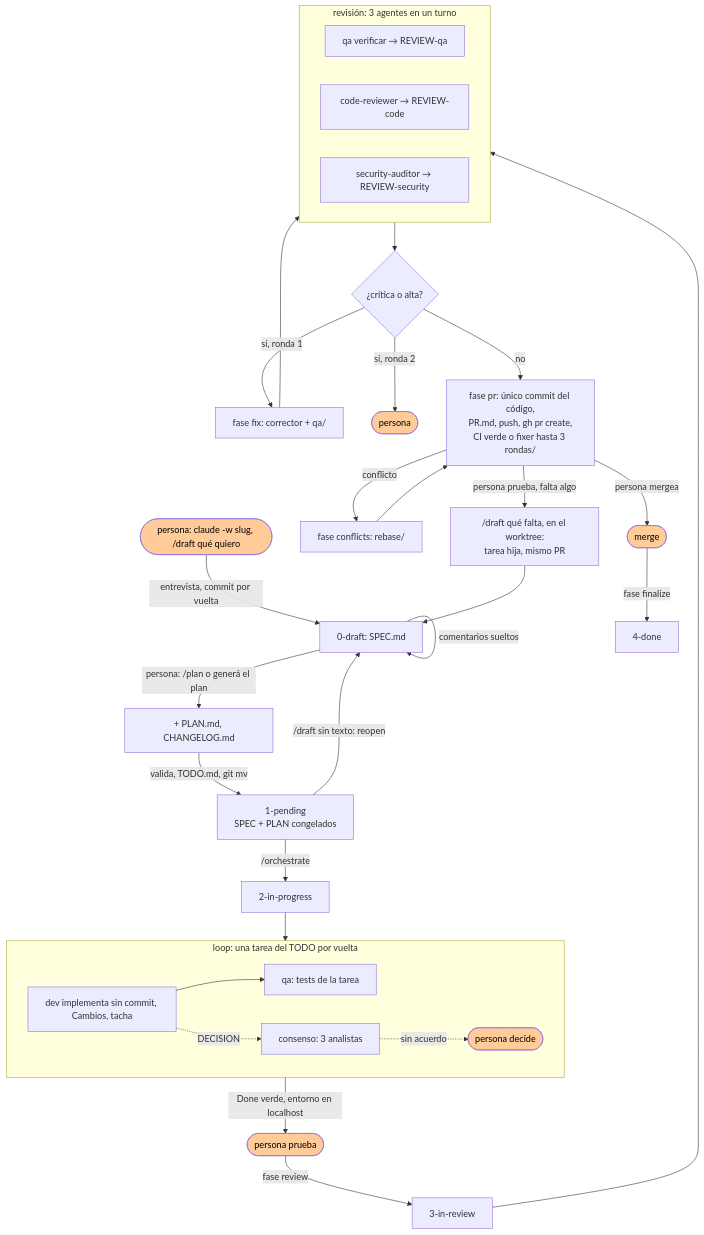
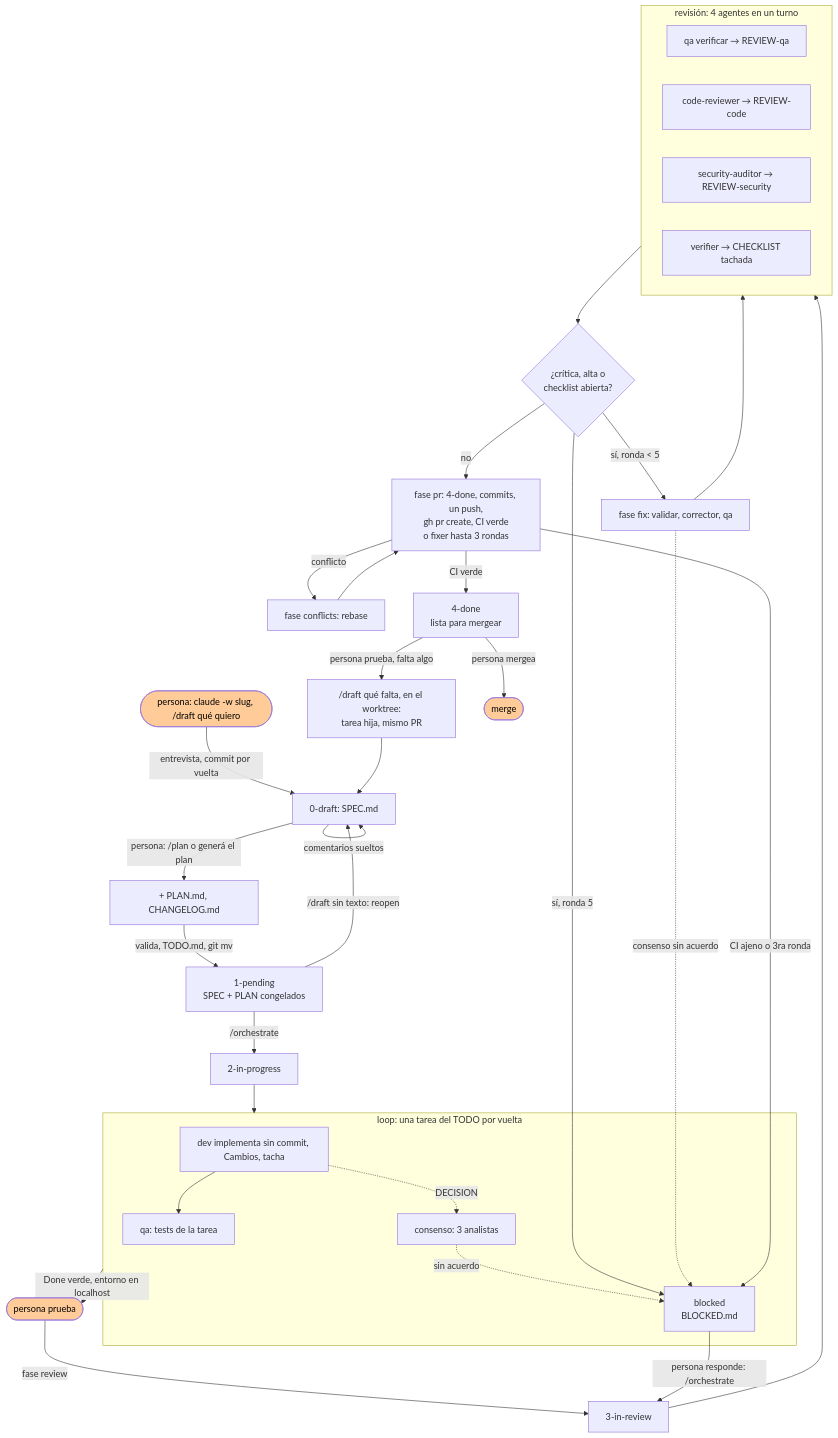
One commit to octavio-parozlabs/mindstack changed the diagram in skills/workflow/SKILL.md. Above: the diagram before and after it, drawn with Mermaid. The commit also changed other lines of this file and 44 other files, not shown here.

````diff
--- a/skills/workflow/SKILL.md
+++ b/skills/workflow/SKILL.md
@@ -68,32 +73,37 @@
 ```mermaid
 flowchart TD
     U0([persona: claude -w slug, /draft qué quiero]) -->|entrevista, commit por vuelta| S0["0-draft: SPEC.md"]
     S0 -->|comentarios sueltos| S0
     S0 -->|persona: /plan o generá el plan| P0["+ PLAN.md, CHANGELOG.md"]
     P0 -->|valida, TODO.md, git mv| S1["1-pending<br/>SPEC + PLAN congelados"]
     S1 -->|/draft sin texto: reopen| S0
     S1 -->|/orchestrate| S2["2-in-progress"]
     subgraph IMPL["loop: una tarea del TODO por vuelta"]
         D[dev implementa sin commit, Cambios, tacha] --> Q[qa: tests de la tarea]
         D -. DECISION .-> C[consenso: 3 analistas]
-        C -. sin acuerdo .-> HU([persona decide])
+        C -. sin acuerdo .-> BL
     end
     S2 --> IMPL
     IMPL -->|Done verde, entorno en localhost| PRUEBA([persona prueba])
     PRUEBA -->|fase review| S3["3-in-review"]
-    subgraph REV["revisión: 3 agentes en un turno"]
+    subgraph REV["revisión: 4 agentes en un turno"]
         R1[qa verificar → REVIEW-qa]
         R2[code-reviewer → REVIEW-code]
         R3[security-auditor → REVIEW-security]
+        R4[verifier → CHECKLIST tachada]
     end
-    S3 --> REV --> H{¿crítica o alta?}
-    H -->|sí, ronda 1| CO[fase fix: corrector + qa/] --> REV
-    H -->|sí, ronda 2| HU2([persona])
-    H -->|no| PR[fase pr: único commit del código,\nPR.md, push, gh pr create,\nCI verde o fixer hasta 3 rondas/]
-    PR -->|conflicto| CF[fase conflicts: rebase/] --> PR
-    PR -->|persona prueba, falta algo| IT["/draft qué falta, en el worktree:
+    S3 --> REV --> H{¿crítica, alta o\nchecklist abierta?}
+    H -->|sí, ronda < 5| CO[fase fix: validar, corrector, qa] --> REV
+    H -->|sí, ronda 5| BL["blocked<br/>BLOCKED.md"]
+    CO -.->|consenso sin acuerdo| BL
+    H -->|no| PR[fase pr: 4-done, commits, un push,\ngh pr create, CI verde\no fixer hasta 3 rondas]
+    PR -->|conflicto| CF[fase conflicts: rebase] --> PR
+    PR -->|CI ajeno o 3ra ronda| BL
+    PR -->|CI verde| S4["4-done<br/>lista para mergear"]
+    BL -->|persona responde: /orchestrate| S3
+    S4 -->|persona prueba, falta algo| IT["/draft qué falta, en el worktree:
 tarea hija, mismo PR"] --> S0
-    PR -->|persona mergea| M([merge]) -->|fase finalize| S4["4-done"]
+    S4 -->|persona mergea| M([merge])
     classDef persona fill:#fc9,color:#000
-    class U0,PRUEBA,HU,HU2,M persona
+    class U0,PRUEBA,M persona
 ```
````
